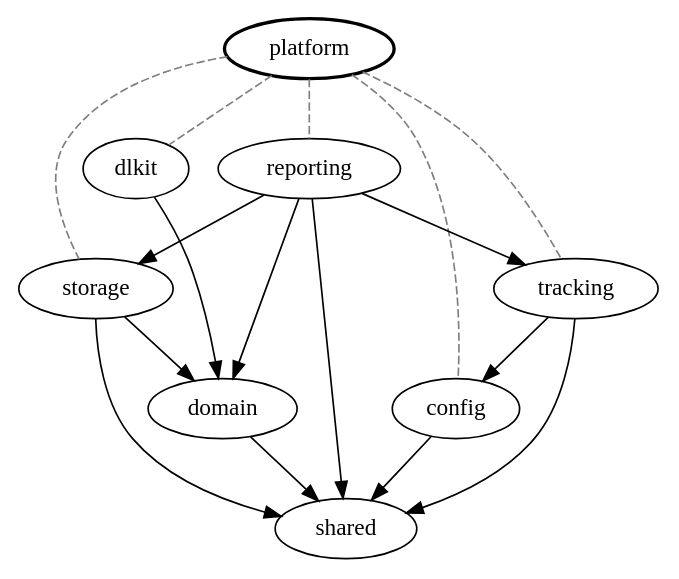
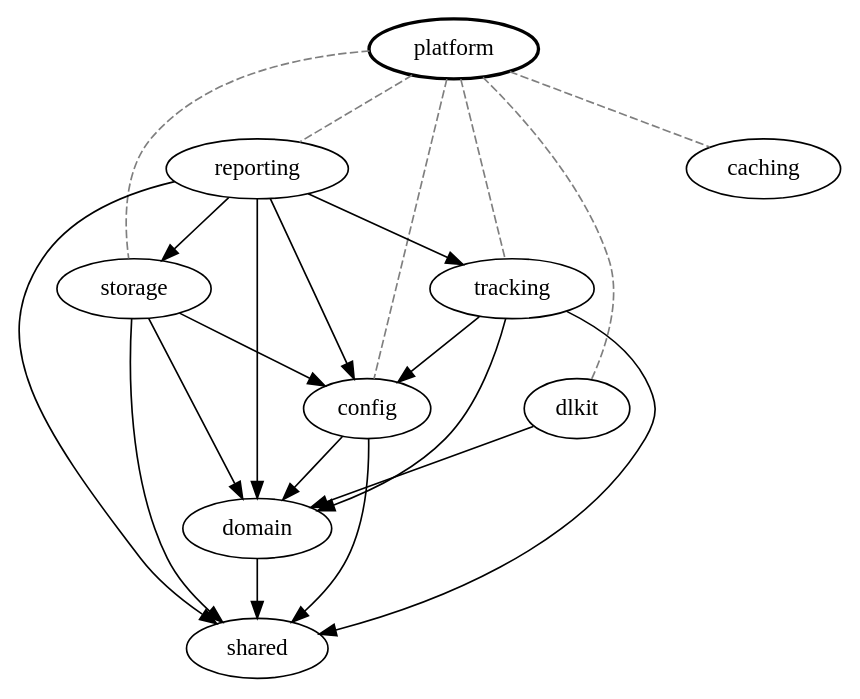
The diagram in docs/neuralls/diagrams/platform.dot (constatza/dl-experiments), drawn with Graphviz before and after one commit. The commit also changed 6 other files, not shown here.

First line of the commit message:
docs(neuralls): regenerate dependency graphs from current source

```diff
--- a/docs/neuralls/diagrams/platform.dot
+++ b/docs/neuralls/diagrams/platform.dot
@@ -1,26 +1,32 @@
 digraph {
 "neuralls.domain" [label="domain"];
 "neuralls.platform" [label="platform" style="bold"];
+"neuralls.platform.caching" [label="caching"];
 "neuralls.platform.config" [label="config"];
 "neuralls.platform.dlkit" [label="dlkit"];
 "neuralls.platform.reporting" [label="reporting"];
 "neuralls.platform.storage" [label="storage"];
 "neuralls.platform.tracking" [label="tracking"];
 "neuralls.shared" [label="shared"];
+"neuralls.platform" -> "neuralls.platform.caching" [style="dashed" color="gray50" arrowhead="none"];
 "neuralls.platform" -> "neuralls.platform.config" [style="dashed" color="gray50" arrowhead="none"];
 "neuralls.platform" -> "neuralls.platform.dlkit" [style="dashed" color="gray50" arrowhead="none"];
 "neuralls.platform" -> "neuralls.platform.reporting" [style="dashed" color="gray50" arrowhead="none"];
 "neuralls.platform" -> "neuralls.platform.storage" [style="dashed" color="gray50" arrowhead="none"];
 "neuralls.platform" -> "neuralls.platform.tracking" [style="dashed" color="gray50" arrowhead="none"];
 "neuralls.domain" -> "neuralls.shared";
+"neuralls.platform.config" -> "neuralls.domain";
 "neuralls.platform.config" -> "neuralls.shared";
 "neuralls.platform.dlkit" -> "neuralls.domain";
 "neuralls.platform.reporting" -> "neuralls.domain";
+"neuralls.platform.reporting" -> "neuralls.platform.config";
 "neuralls.platform.reporting" -> "neuralls.platform.storage";
 "neuralls.platform.reporting" -> "neuralls.platform.tracking";
 "neuralls.platform.reporting" -> "neuralls.shared";
 "neuralls.platform.storage" -> "neuralls.domain";
+"neuralls.platform.storage" -> "neuralls.platform.config";
 "neuralls.platform.storage" -> "neuralls.shared";
+"neuralls.platform.tracking" -> "neuralls.domain";
 "neuralls.platform.tracking" -> "neuralls.platform.config";
 "neuralls.platform.tracking" -> "neuralls.shared";
 }
```
